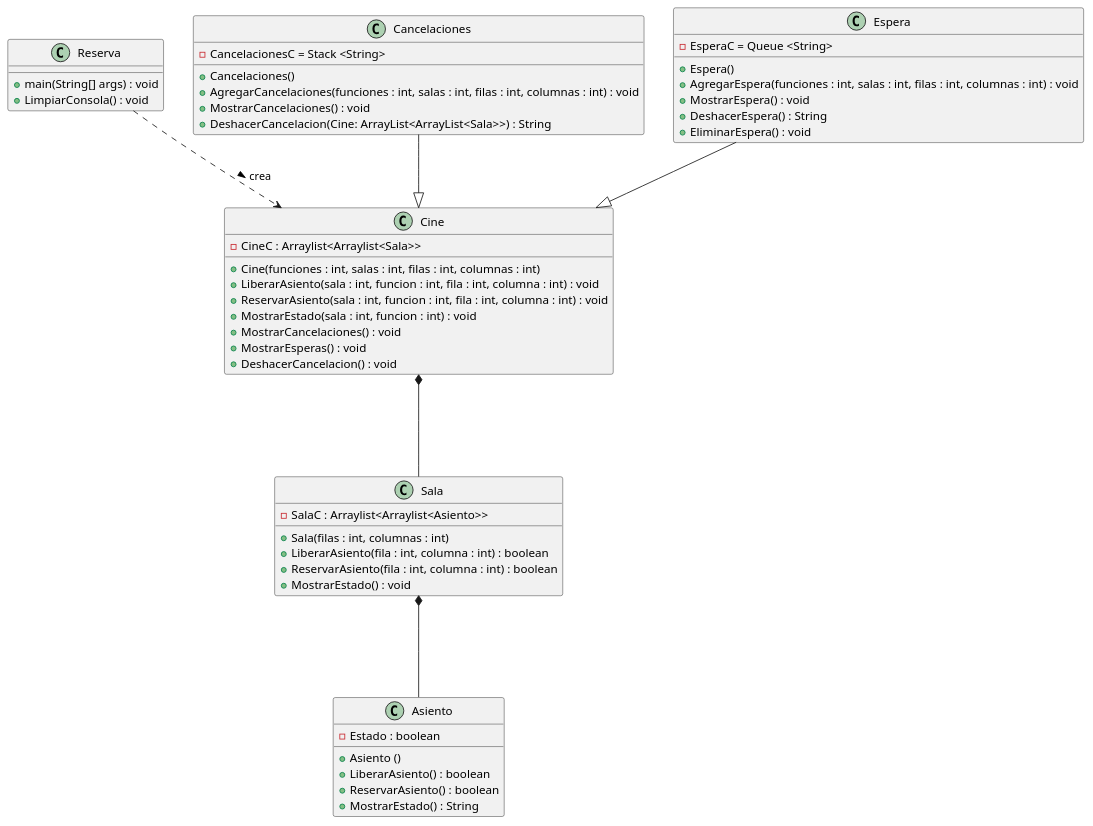
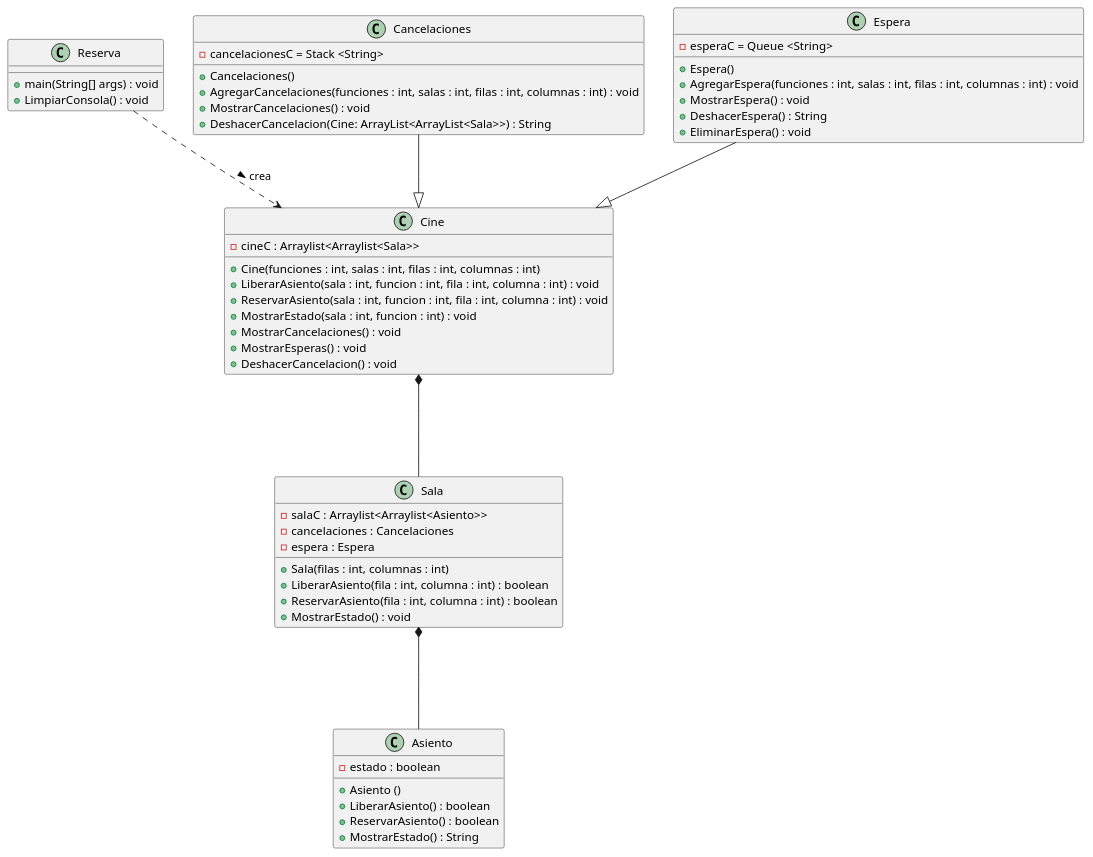
One commit to Kuripipeer/PR_Sistema_de_reservas_cine changed the diagram in bin/Diagrama_Cine.puml. Above: the diagram before and after it, drawn with PlantUML. The commit also changed 13 other files, not shown here.

```diff
--- a/bin/Diagrama_Cine.puml
+++ b/bin/Diagrama_Cine.puml
@@ -1,59 +1,61 @@
 @startuml Sistema de reservas para cine
 
 class Asiento {
 
-    - Estado : boolean
+    - estado : boolean
     + Asiento ()
     + LiberarAsiento() : boolean
     + ReservarAsiento() : boolean
     + MostrarEstado() : String
 }
 
 class Sala{
-    - SalaC : Arraylist<Arraylist<Asiento>>
+    - salaC : Arraylist<Arraylist<Asiento>>
+    - cancelaciones : Cancelaciones
+    - espera : Espera
     + Sala(filas : int, columnas : int)
     + LiberarAsiento(fila : int, columna : int) : boolean
     + ReservarAsiento(fila : int, columna : int) : boolean
     + MostrarEstado() : void
 }
 
 class Cine{
-    - CineC : Arraylist<Arraylist<Sala>>
+    - cineC : Arraylist<Arraylist<Sala>>
     + Cine(funciones : int, salas : int, filas : int, columnas : int)
     + LiberarAsiento(sala : int, funcion : int, fila : int, columna : int) : void
     + ReservarAsiento(sala : int, funcion : int, fila : int, columna : int) : void
     + MostrarEstado(sala : int, funcion : int) : void
     + MostrarCancelaciones() : void
     + MostrarEsperas() : void
     + DeshacerCancelacion() : void
 }
 
 class Reserva {
     + main(String[] args) : void
     + LimpiarConsola() : void
 }
 
 class Cancelaciones{
-    - CancelacionesC = Stack <String>
+    - cancelacionesC = Stack <String>
     + Cancelaciones()
     + AgregarCancelaciones(funciones : int, salas : int, filas : int, columnas : int) : void
     + MostrarCancelaciones() : void
     + DeshacerCancelacion(Cine: ArrayList<ArrayList<Sala>>) : String
 }
 
 class Espera{
-    - EsperaC = Queue <String>
+    - esperaC = Queue <String>
     + Espera()
     + AgregarEspera(funciones : int, salas : int, filas : int, columnas : int) : void
     + MostrarEspera() : void
     + DeshacerEspera() : String
     + EliminarEspera() : void
 }
 
 Cine *--- Sala
 Sala *--- Asiento
 Reserva ..> Cine : crea >
 Cancelaciones --|> Cine 
 Espera --|> Cine 
 
 @enduml
```
